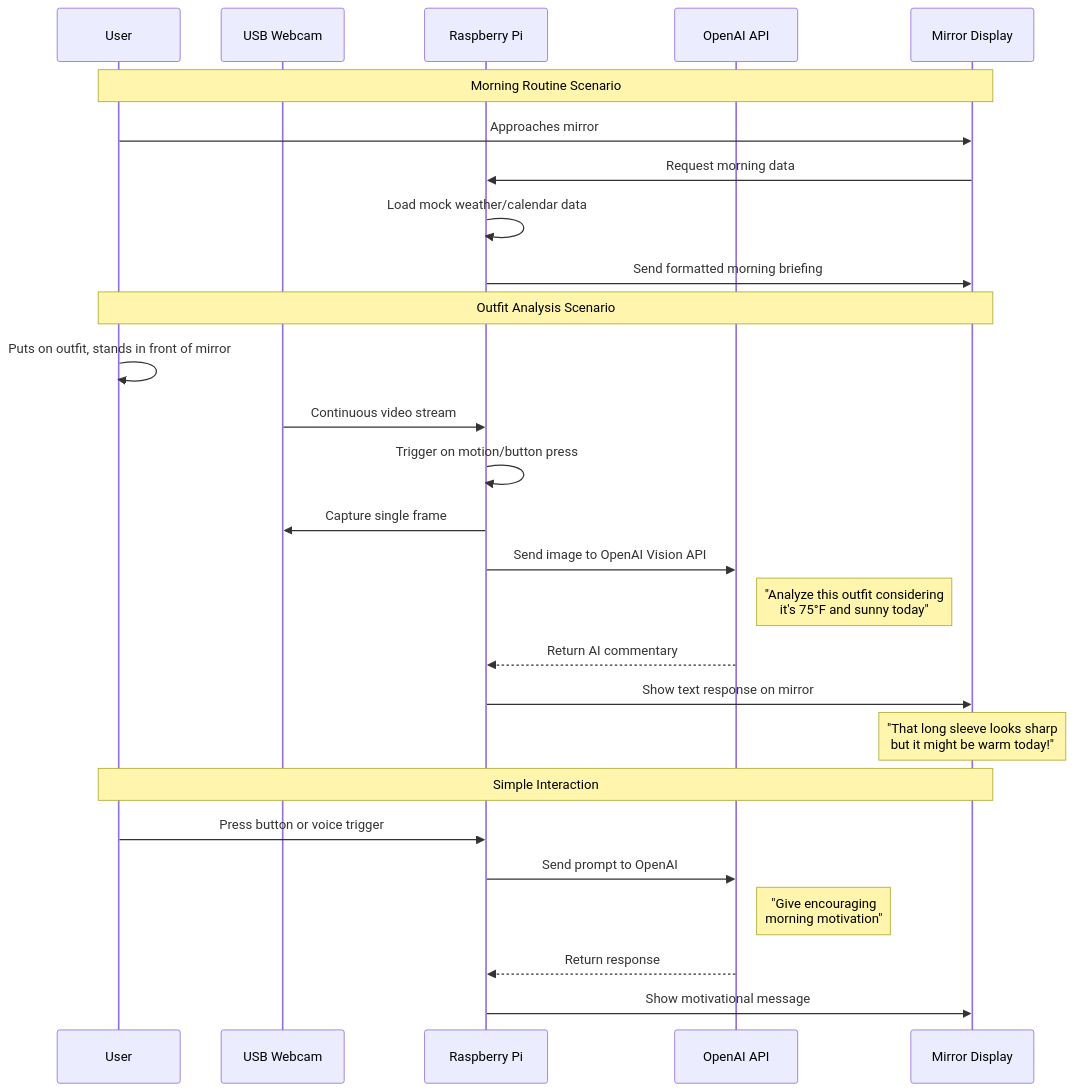
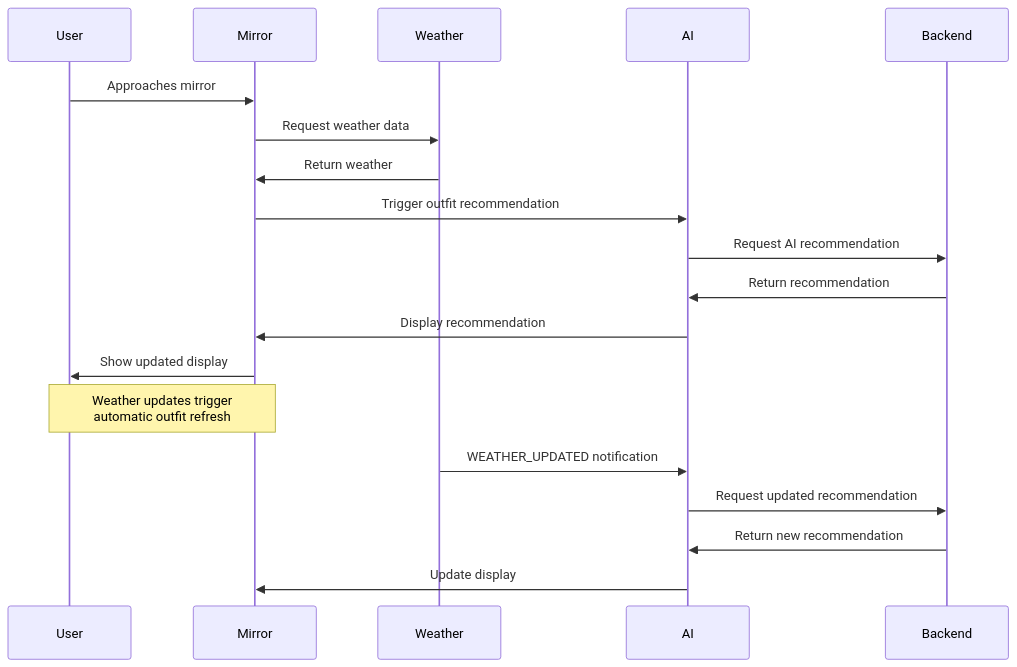
The seventh of 8 diagrams in docs/mermaid/data-flow.md (bbeaudet-dev/ai-smart-mirror), drawn with Mermaid before and after one commit. The commit also changed other lines of this file and 5 other files, not shown here.

````diff
--- a/docs/mermaid/data-flow.md
+++ b/docs/mermaid/data-flow.md
@@ -3,35 +188,23 @@
 ```mermaid
 sequenceDiagram
     participant User
-    participant Webcam as USB Webcam
-    participant Pi as Raspberry Pi
-    participant APIs as OpenAI API
-    participant Display as Mirror Display
+    participant Mirror
+    participant Weather
+    participant AI
+    participant Backend
 
-    Note over User,Display: Morning Routine Scenario
+    User->>Mirror: Approaches mirror
+    Mirror->>Weather: Request weather data
+    Weather->>Mirror: Return weather
+    Mirror->>AI: Trigger outfit recommendation
+    AI->>Backend: Request AI recommendation
+    Backend->>AI: Return recommendation
+    AI->>Mirror: Display recommendation
+    Mirror->>User: Show updated display
 
-    User->>Display: Approaches mirror
-    Display->>Pi: Request morning data
-    Pi->>Pi: Load mock weather/calendar data
-    Pi->>Display: Send formatted morning briefing
-
-    Note over User,Display: Outfit Analysis Scenario
-
-    User->>User: Puts on outfit, stands in front of mirror
-    Webcam->>Pi: Continuous video stream
-    Pi->>Pi: Trigger on motion/button press
-    Pi->>Webcam: Capture single frame
-    Pi->>APIs: Send image to OpenAI Vision API
-    Note right of APIs: "Analyze this outfit considering<br/>it's 75°F and sunny today"
-    APIs-->>Pi: Return AI commentary
-    Pi->>Display: Show text response on mirror
-    Note over Display: "That long sleeve looks sharp<br/>but it might be warm today!"
-
-    Note over User,Display: Simple Interaction
-
-    User->>Pi: Press button or voice trigger
-    Pi->>APIs: Send prompt to OpenAI
-    Note right of APIs: "Give encouraging<br/>morning motivation"
-    APIs-->>Pi: Return response
-    Pi->>Display: Show motivational message
+    Note over User,Mirror: Weather updates trigger<br/>automatic outfit refresh
+    Weather->>AI: WEATHER_UPDATED notification
+    AI->>Backend: Request updated recommendation
+    Backend->>AI: Return new recommendation
+    AI->>Mirror: Update display
 ```
````
